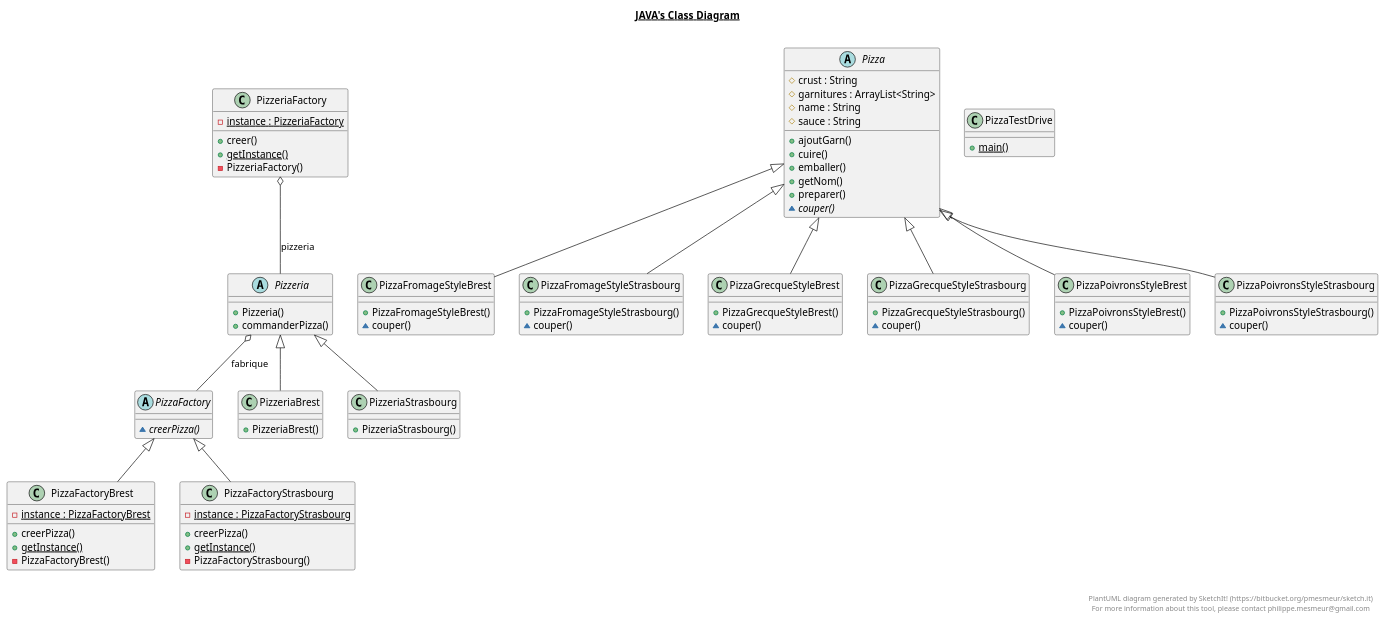
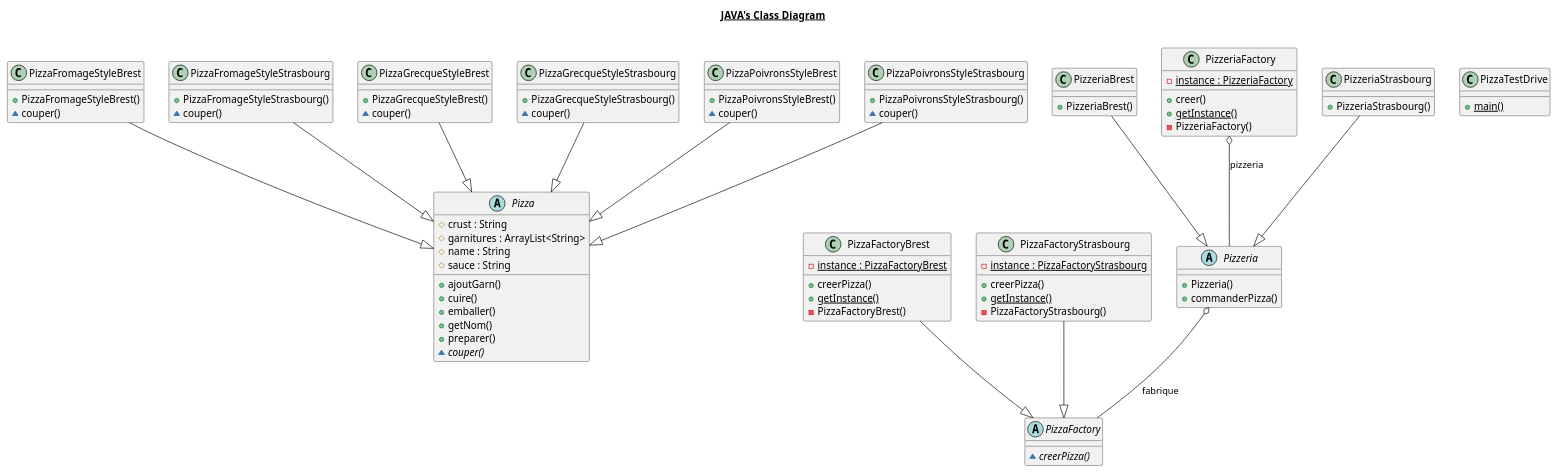
The diagram in docs/TP3.plantuml (IUT-Blagnac/cpoa-tp3-theodeveloppe), drawn with PlantUML before and after one commit. The commit also changed 1 other file, not shown here.

```diff
--- a/docs/TP3.plantuml
+++ b/docs/TP3.plantuml
@@ -1,153 +1,147 @@
 @startuml
 
 title __JAVA's Class Diagram__\n
 
     abstract class Pizza {
         # crust : String
         # garnitures : ArrayList<String>
         # name : String
         # sauce : String
         + ajoutGarn()
         + cuire()
         + emballer()
         + getNom()
         + preparer()
         {abstract} ~ couper()
     }
 
-  
+
 
     abstract class PizzaFactory {
         {abstract} ~ creerPizza()
     }
 
-  
+
 
 
     class PizzaFactoryBrest {
         {static} - instance : PizzaFactoryBrest
         + creerPizza()
         {static} + getInstance()
         - PizzaFactoryBrest()
     }
 
-  
+
 
 
     class PizzaFactoryStrasbourg {
         {static} - instance : PizzaFactoryStrasbourg
         + creerPizza()
         {static} + getInstance()
         - PizzaFactoryStrasbourg()
     }
 
-  
+
 
 
     class PizzaFromageStyleBrest {
         + PizzaFromageStyleBrest()
         ~ couper()
     }
 
-  
+
 
 
     class PizzaFromageStyleStrasbourg {
         + PizzaFromageStyleStrasbourg()
         ~ couper()
     }
 
-  
+
 
 
     class PizzaGrecqueStyleBrest {
         + PizzaGrecqueStyleBrest()
         ~ couper()
     }
 
-  
+
 
 
     class PizzaGrecqueStyleStrasbourg {
         + PizzaGrecqueStyleStrasbourg()
         ~ couper()
     }
 
-  
+
 
 
     class PizzaPoivronsStyleBrest {
         + PizzaPoivronsStyleBrest()
         ~ couper()
     }
 
-  
+
 
 
     class PizzaPoivronsStyleStrasbourg {
         + PizzaPoivronsStyleStrasbourg()
         ~ couper()
     }
 
-  
+
 
     class PizzaTestDrive {
         {static} + main()
     }
 
-  
+
 
 
     abstract class Pizzeria {
         + Pizzeria()
         + commanderPizza()
     }
 
-  
+
 
 
     class PizzeriaBrest {
         + PizzeriaBrest()
     }
 
-  
+
 
 
     class PizzeriaFactory {
         {static} - instance : PizzeriaFactory
         + creer()
         {static} + getInstance()
         - PizzeriaFactory()
     }
 
-  
+
 
 
     class PizzeriaStrasbourg {
         + PizzeriaStrasbourg()
     }
 
-  
-
-  PizzaFactoryBrest -up-|> PizzaFactory
-  PizzaFactoryStrasbourg -up-|> PizzaFactory
-  PizzaFromageStyleBrest -up-|> Pizza
-  PizzaFromageStyleStrasbourg -up-|> Pizza
-  PizzaGrecqueStyleBrest -up-|> Pizza
-  PizzaGrecqueStyleStrasbourg -up-|> Pizza
-  PizzaPoivronsStyleBrest -up-|> Pizza
-  PizzaPoivronsStyleStrasbourg -up-|> Pizza
-  Pizzeria o-- PizzaFactory : fabrique
-  PizzeriaBrest -up-|> Pizzeria
-  PizzeriaFactory o-- Pizzeria : pizzeria
-  PizzeriaStrasbourg -up-|> Pizzeria
 
 
-right footer
+  PizzaFactoryBrest --|> PizzaFactory
+  PizzaFactoryStrasbourg --|> PizzaFactory
+  PizzaFromageStyleBrest --|> Pizza
+  PizzaFromageStyleStrasbourg --|> Pizza
+  PizzaGrecqueStyleBrest --|> Pizza
+  PizzaGrecqueStyleStrasbourg --|> Pizza
+  PizzaPoivronsStyleBrest --|> Pizza
+  PizzaPoivronsStyleStrasbourg --|> Pizza
+  Pizzeria o-- PizzaFactory : fabrique
+  PizzeriaBrest --|> Pizzeria
+  PizzeriaFactory o-- Pizzeria : pizzeria
+  PizzeriaStrasbourg --|> Pizzeria
 
 
-PlantUML diagram generated by SketchIt! (https://bitbucket.org/pmesmeur/sketch.it)
-For more information about this tool, please contact philippe.mesmeur@gmail.com
-endfooter
 
 @enduml
```
